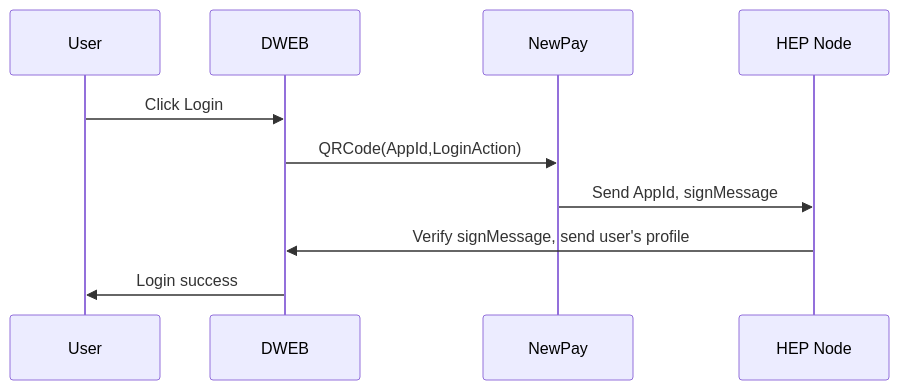
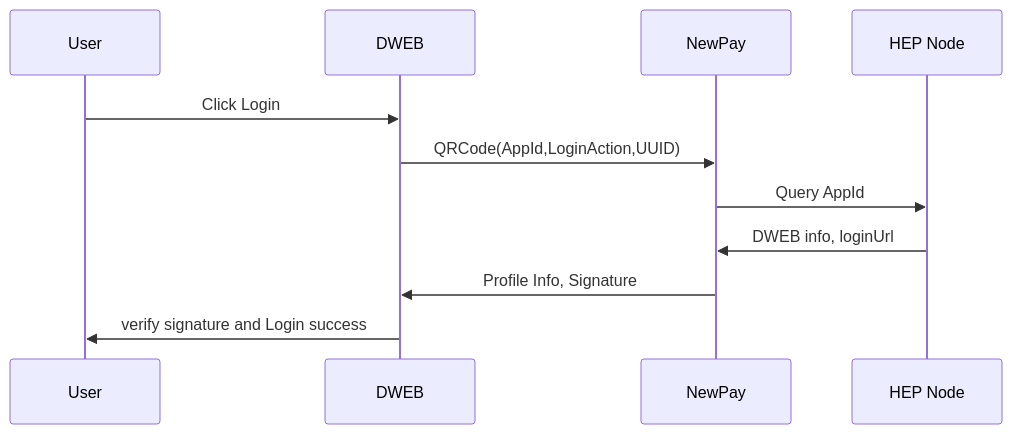
One commit to newtonproject/HEP-specification changed the first of 3 diagrams in hep-node/DWEB.md. Above: the diagram before and after it, drawn with Mermaid. The commit also changed other lines of this file, not shown here.

````diff
--- a/hep-node/DWEB.md
+++ b/hep-node/DWEB.md
@@ -2,12 +3,13 @@
 ```mermaid
 sequenceDiagram;
     participant User;
     participant DWEB;
 	participant NewPay;
 	participant HEP Node;
     User->>DWEB: Click Login;
-    DWEB->>NewPay: QRCode(AppId,LoginAction)
-    NewPay->>HEP Node:Send AppId, signMessage;
-    HEP Node->> DWEB: Verify signMessage, send user's profile;
-    DWEB->>User:Login success;
+    DWEB->>NewPay: QRCode(AppId,LoginAction,UUID)
+    NewPay->>HEP Node:Query AppId
+    HEP Node->> NewPay: DWEB info, loginUrl;
+    NewPay->>DWEB:Profile Info, Signature;
+    DWEB->>User:verify signature and Login success;
 ```
````
